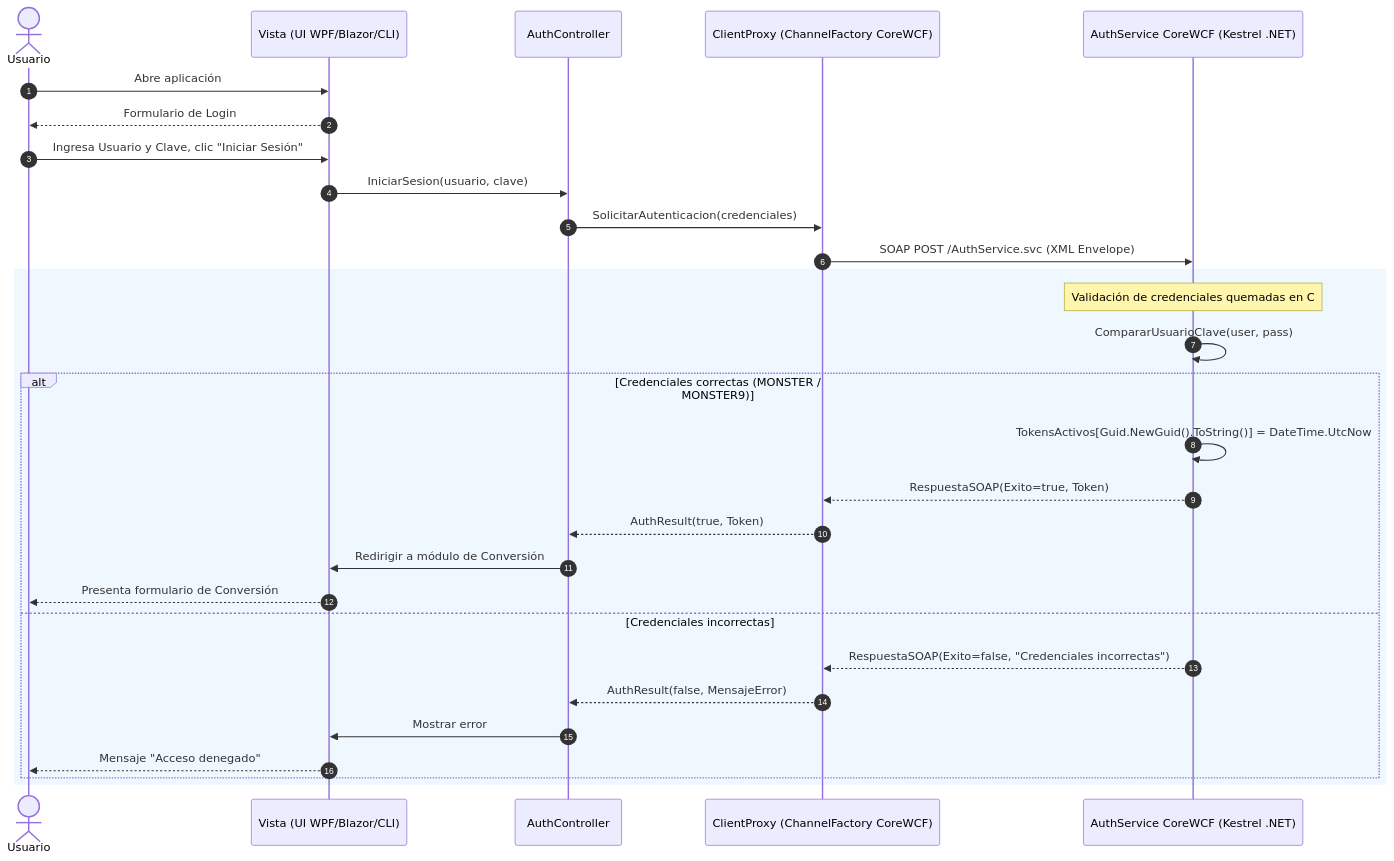
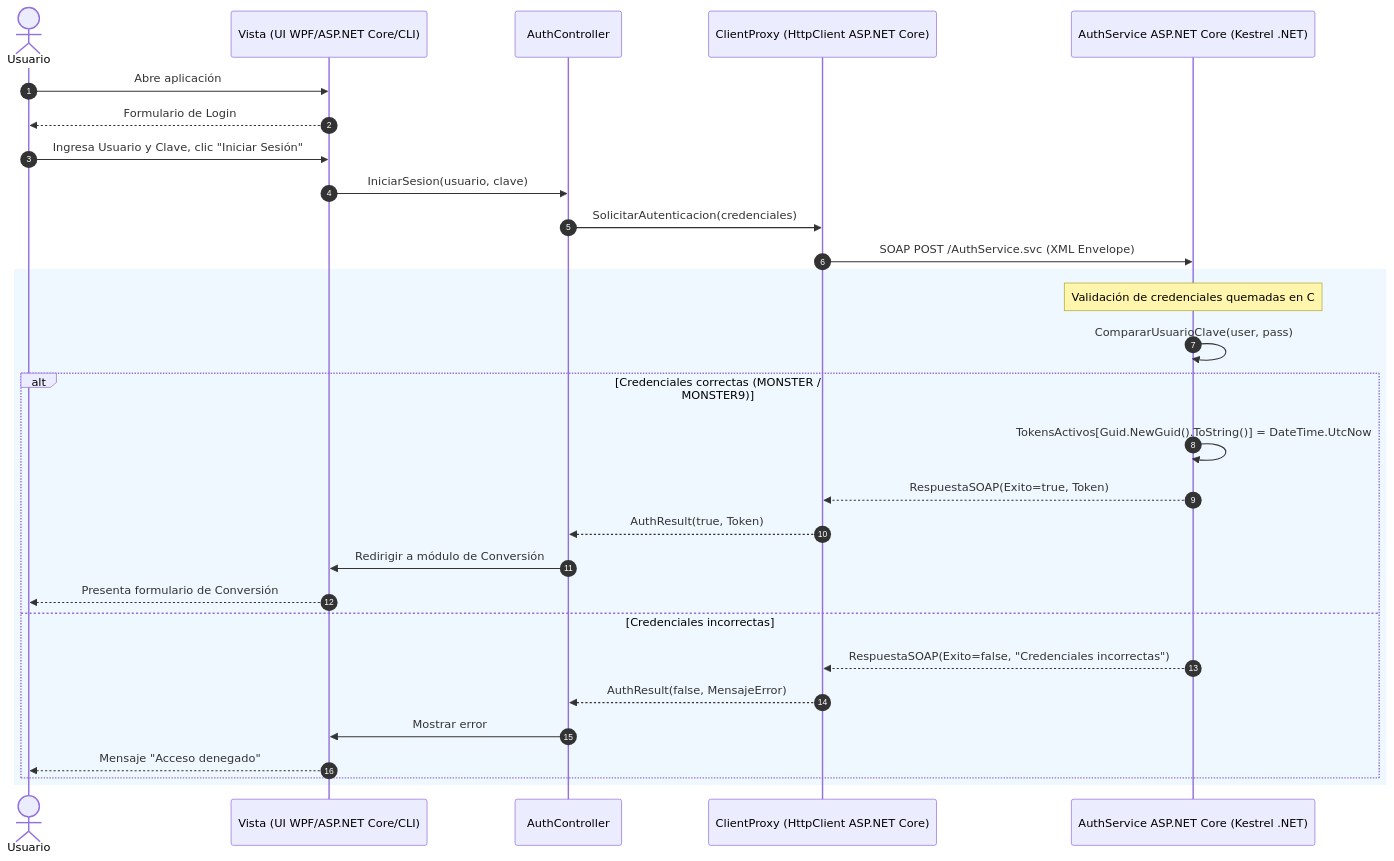
The fifth of 7 diagrams in vault/06-projects/ti-1-2-soap-dotnet/diagrams.md (JulioViche/u1-sw-arch), drawn with Mermaid before and after one commit. The commit also changed other lines of this file and 18 other files, not shown here.

````diff
--- a/vault/06-projects/ti-1-2-soap-dotnet/diagrams.md
+++ b/vault/06-projects/ti-1-2-soap-dotnet/diagrams.md
@@ -155,33 +155,33 @@
 ```mermaid
 sequenceDiagram
     autonumber
     actor U as Usuario
-    participant V as Vista (UI WPF/Blazor/CLI)
+    participant V as Vista (UI WPF/ASP.NET Core/CLI)
     participant C as AuthController
-    participant P as ClientProxy (ChannelFactory CoreWCF)
-    participant S as AuthService CoreWCF (Kestrel .NET)
+    participant P as ClientProxy (HttpClient ASP.NET Core)
+    participant S as AuthService ASP.NET Core (Kestrel .NET)
 
     U->>V: Abre aplicación
     V-->>U: Formulario de Login
     U->>V: Ingresa Usuario y Clave, clic "Iniciar Sesión"
     V->>C: IniciarSesion(usuario, clave)
     C->>P: SolicitarAutenticacion(credenciales)
     P->>S: SOAP POST /AuthService.svc (XML Envelope)
     
     rect rgb(240, 248, 255)
         note over S: Validación de credenciales quemadas en C#
         S->>S: CompararUsuarioClave(user, pass)
         alt Credenciales correctas (MONSTER / MONSTER9)
             S->>S: TokensActivos[Guid.NewGuid().ToString()] = DateTime.UtcNow
             S-->>P: RespuestaSOAP(Exito=true, Token)
             P-->>C: AuthResult(true, Token)
             C->>V: Redirigir a módulo de Conversión
             V-->>U: Presenta formulario de Conversión
         else Credenciales incorrectas
             S-->>P: RespuestaSOAP(Exito=false, "Credenciales incorrectas")
             P-->>C: AuthResult(false, MensajeError)
             C->>V: Mostrar error
             V-->>U: Mensaje "Acceso denegado"
         end
     end
 ```
````
